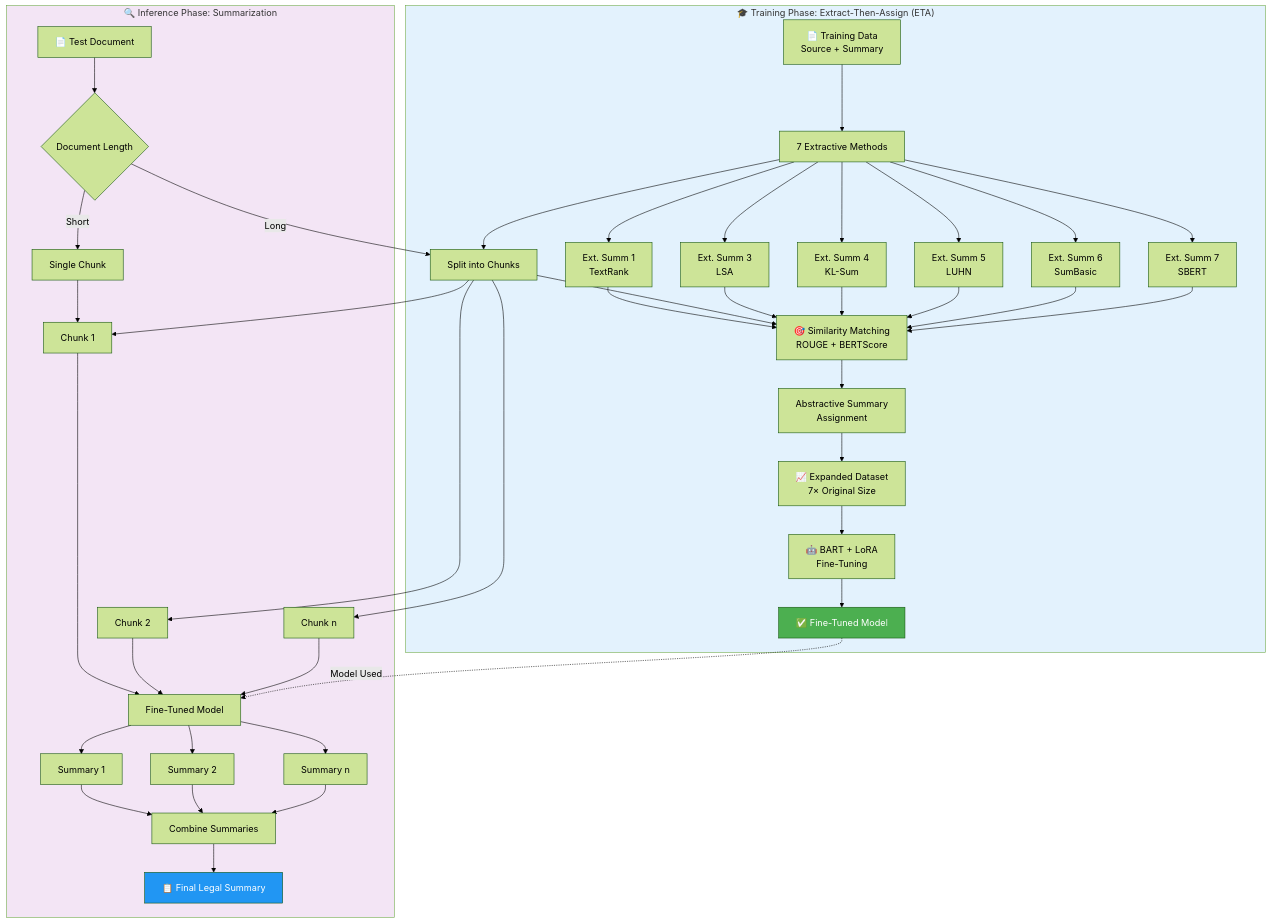
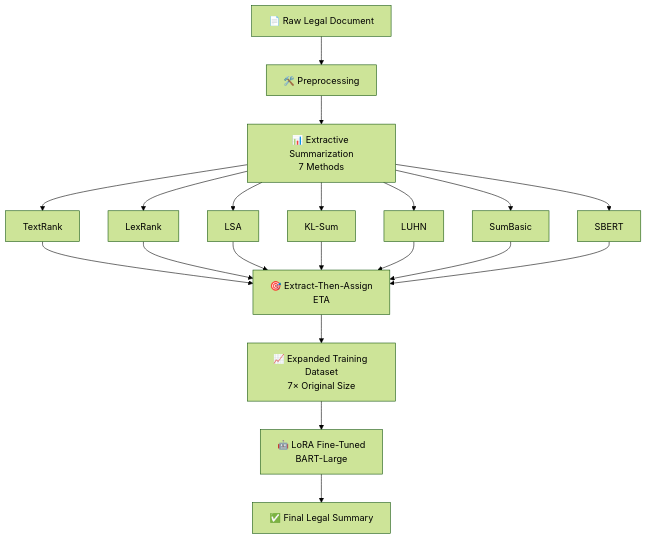
One commit to qwerty070806/LawSummBart changed the diagram in README.md. Above: the diagram before and after it, drawn with Mermaid (forest theme). The commit also changed other lines of this file, not shown here.

Commit message:
Revise flowchart for end-to-end pipeline
Updated the flowchart to reflect the new summarization process.

````diff
--- a/README.md
+++ b/README.md
@@ -32,44 +32,16 @@
 ```mermaid
-flowchart TB
-    subgraph Training["🎓 Training Phase: Extract-Then-Assign (ETA)"]
-        A1[📄 Training Data<br/>Source + Summary] --> B1[7 Extractive Methods]
-        B1 --> C1[Ext. Summ 1<br/>TextRank]
-        B1 --> C2[Ext. Summ 2<br/>LexRank]
-        B1 --> C3[Ext. Summ 3<br/>LSA]
-        B1 --> C4[Ext. Summ 4<br/>KL-Sum]
-        B1 --> C5[Ext. Summ 5<br/>LUHN]
-        B1 --> C6[Ext. Summ 6<br/>SumBasic]
-        B1 --> C7[Ext. Summ 7<br/>SBERT]
-        
-        C1 & C2 & C3 & C4 & C5 & C6 & C7 --> D1[🎯 Similarity Matching<br/>ROUGE + BERTScore]
-        D1 --> E1[Abstractive Summary<br/>Assignment]
-        E1 --> F1[📈 Expanded Dataset<br/>7× Original Size]
-        F1 --> G1[🤖 BART + LoRA<br/>Fine-Tuning]
-        G1 --> H1[✅ Fine-Tuned Model]
-    end
-    
-    subgraph Inference["🔍 Inference Phase: Summarization"]
-        A2[📄 Test Document] --> B2{Document Length}
-        B2 -->|Long| C2[Split into Chunks]
-        B2 -->|Short| D2[Single Chunk]
-        C2 --> E2[Chunk 1]
-        C2 --> E3[Chunk 2]
-        C2 --> E4[Chunk n]
-        D2 --> E2
-        
-        E2 & E3 & E4 --> F2[Fine-Tuned Model]
-        F2 --> G2[Summary 1]
-        F2 --> G3[Summary 2]
-        F2 --> G4[Summary n]
-        
-        G2 & G3 & G4 --> H2[Combine Summaries]
-        H2 --> I2[📋 Final Legal Summary]
-    end
-    
-    H1 -.->|Model Used| F2
-    
-    style Training fill:#e3f2fd
-    style Inference fill:#f3e5f5
-    style H1 fill:#4caf50,color:#fff
-    style I2 fill:#2196f3,color:#fff
+flowchart TD
+    A[📄 Raw Legal Document] --> B[🛠️ Preprocessing]
+    B --> C[📊 Extractive Summarization<br/>7 Methods]
+    C --> D[TextRank]
+    C --> E[LexRank]
+    C --> F[LSA]
+    C --> G[KL-Sum]
+    C --> H[LUHN]
+    C --> I[SumBasic]
+    C --> J[SBERT]
+    D & E & F & G & H & I & J --> K[🎯 Extract-Then-Assign<br/>ETA]
+    K --> L[📈 Expanded Training Dataset<br/>7× Original Size]
+    L --> M[🤖 LoRA Fine-Tuned<br/>BART-Large]
+    M --> N[✅ Final Legal Summary]
 ```
````
